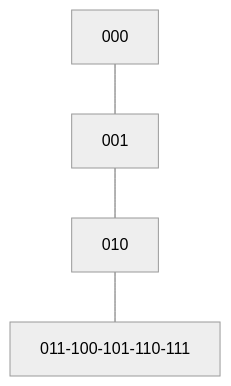
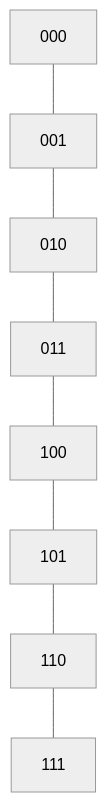
Before and after one commit to Rajeev-Tamang/OpenSSL: the sixth of 6 diagrams in README.md, drawn with Mermaid (neutral theme). The commit also changed other lines of this file, not shown here.

````diff
--- a/README.md
+++ b/README.md
@@ -158,4 +158,4 @@
 ```mermaid
 graph TB
-000---001---010---011-100-101-110-111
+000---001---010---011---100---101---110---111
 ```
````
